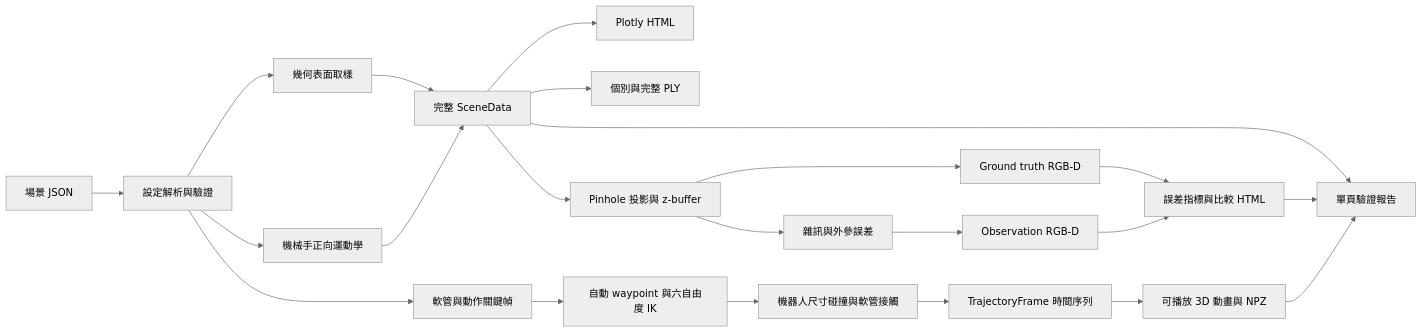
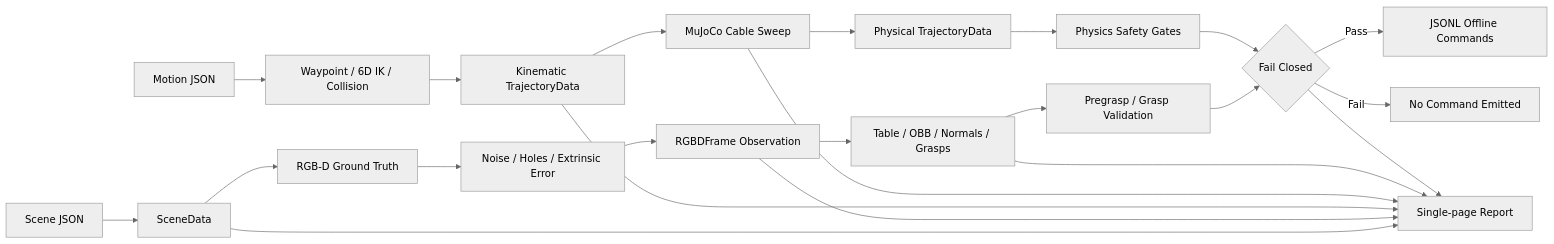
The diagram in README.md (zack7515/SimGrasp3D-Lab), drawn with Mermaid (neutral theme) before and after one commit. The commit also changed other lines of this file and 35 other files, not shown here.

````diff
--- a/README.md
+++ b/README.md
@@ -147,24 +165,24 @@
 ```mermaid
 flowchart LR
-    A[場景 JSON] --> B[設定解析與驗證]
-    B --> C[幾何表面取樣]
-    B --> D[機械手正向運動學]
-    C --> E[完整 SceneData]
-    D --> E
-    E --> F[Plotly HTML]
-    E --> G[個別與完整 PLY]
-    E --> H[Pinhole 投影與 z-buffer]
-    H --> I[Ground truth RGB-D]
-    H --> J[雜訊與外參誤差]
-    J --> K[Observation RGB-D]
-    I --> L[誤差指標與比較 HTML]
-    K --> L
-    B --> N[軟管與動作關鍵幀]
-    N --> O[自動 waypoint 與六自由度 IK]
-    O --> R[機器人尺寸碰撞與軟管接觸]
-    R --> P[TrajectoryFrame 時間序列]
-    P --> Q[可播放 3D 動畫與 NPZ]
-    E --> M[單頁驗證報告]
-    L --> M
-    Q --> M
+    A[Scene JSON] --> B[SceneData]
+    B --> C[RGB-D Ground Truth]
+    C --> D[Noise / Holes / Extrinsic Error]
+    D --> E[RGBDFrame Observation]
+    E --> F[Table / OBB / Normals / Grasps]
+    G[Motion JSON] --> H[Waypoint / 6D IK / Collision]
+    H --> I[Kinematic TrajectoryData]
+    I --> J[MuJoCo Cable Sweep]
+    J --> K[Physical TrajectoryData]
+    F --> L[Pregrasp / Grasp Validation]
+    K --> M[Physics Safety Gates]
+    L --> N{Fail Closed}
+    M --> N
+    N -->|Pass| O[JSONL Offline Commands]
+    N -->|Fail| P[No Command Emitted]
+    B --> Q[Single-page Report]
+    E --> Q
+    I --> Q
+    J --> Q
+    F --> Q
+    N --> Q
 ```
````
